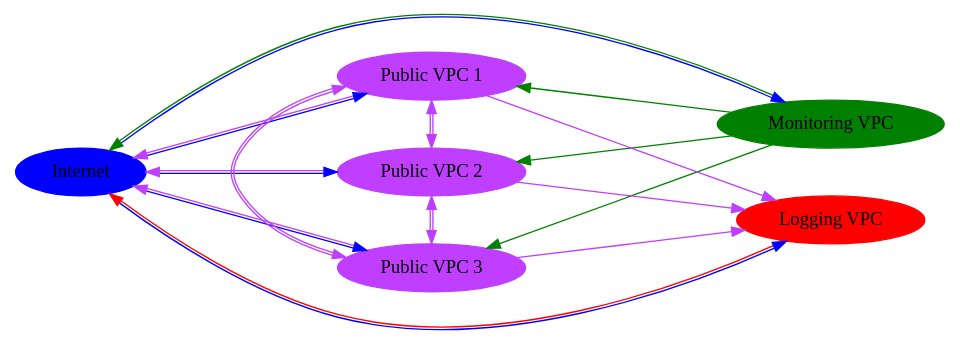
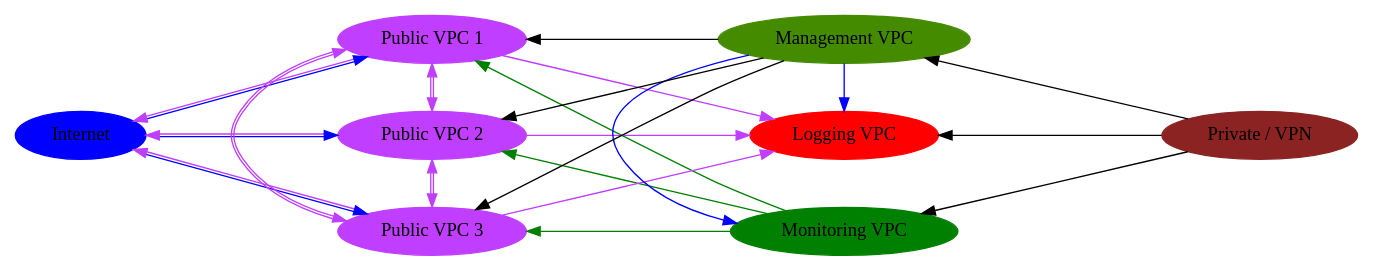
Before and after one commit to jpancoast/cloudsetup: the diagram in docs/overall_layout.dot, drawn with Graphviz. The commit also changed 3 other files, not shown here.

Commit message:
added a management VPC

```diff
--- a/docs/overall_layout.dot
+++ b/docs/overall_layout.dot
@@ -1,53 +1,69 @@
 digraph G {
     #http://www.graphviz.org/pdf/dotguide.pdf
     rankdir = LR
 
     Internet [ color = blue, style = filled ]
     "Monitoring VPC" [ color = green, style = filled ]
     "Logging VPC" [ color = red, style = filled ]
 
     "Public VPC 1" [ color = "darkorchid1", style = filled ]
     "Public VPC 2" [ color = "darkorchid1", style = filled ]
     "Public VPC 3" [ color = "darkorchid1", style = filled ]
+
+    "Private / VPN" [ color = "brown4", style = filled ]
+
+    "Management VPC" [ color = "chartreuse4", style = filled ]
 
     ranksep = 2.0
     nodesep = .5
 
     Internet -> "Public VPC 1" [dir=both color="blue:darkorchid1"];
     Internet -> "Public VPC 2" [dir=both color="blue:darkorchid1"];
     Internet -> "Public VPC 3" [dir=both color="blue:darkorchid1"];
 
 
     {
         rank = min;
         Internet;
     }
 
     {
         rank = same;
         "Public VPC 1"; "Public VPC 2"; "Public VPC 3";
     }
 
 
     {
-        rank = max;
-        "Monitoring VPC"; "Logging VPC";
+        rank = same;
+        "Monitoring VPC"; "Logging VPC"; "Management VPC";
     }
 
+    {
+        rank = max;
+        "Private / VPN"
+    }
 
 
     "Public VPC 1" -> "Public VPC 2" [dir=both color="darkorchid1:darkorchid1"];
     "Public VPC 1" -> "Public VPC 3" [dir=both color="darkorchid1:darkorchid1"];
     "Public VPC 2" -> "Public VPC 3" [dir=both color="darkorchid1:darkorchid1"];
 
-    Internet -> "Monitoring VPC" [dir=both color="blue:green"];
-    Internet -> "Logging VPC" [dir=both color="blue:red"];
+    "Management VPC" -> "Monitoring VPC" [ color="blue" ];
+    "Management VPC" -> "Logging VPC" [ color="blue" ];
+
+    "Private / VPN" -> "Monitoring VPC"
+    "Private / VPN" -> "Logging VPC"
+    "Private / VPN" -> "Management VPC"
+
+    "Management VPC" -> "Public VPC 1"
+    "Management VPC" -> "Public VPC 2"
+    "Management VPC" -> "Public VPC 3"
 
     "Monitoring VPC" -> "Public VPC 1" [ color="green"];
     "Monitoring VPC" -> "Public VPC 2" [ color="green"];
     "Monitoring VPC" -> "Public VPC 3" [ color="green"];
 
     "Public VPC 1" -> "Logging VPC" [ color = "darkorchid1" ];
     "Public VPC 2" -> "Logging VPC" [ color = "darkorchid1" ];
     "Public VPC 3" -> "Logging VPC" [ color = "darkorchid1" ];
 }
```
